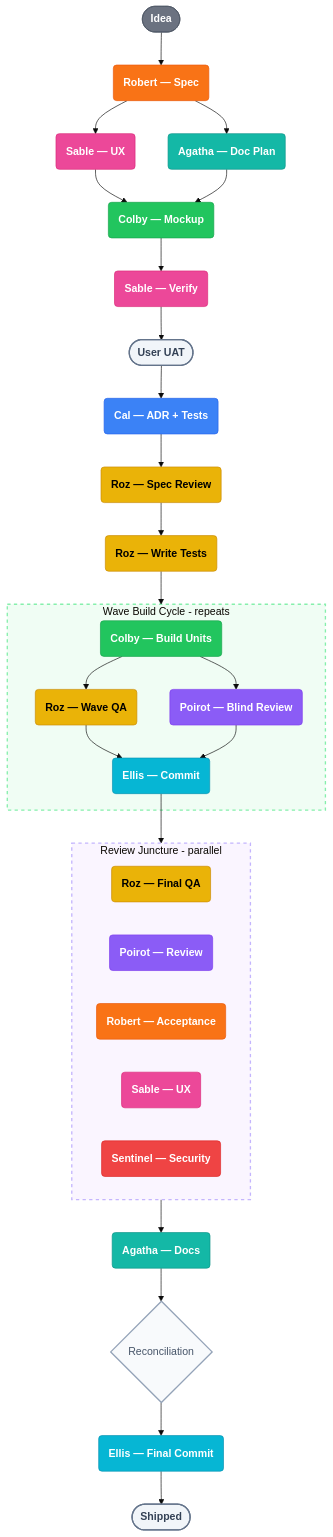
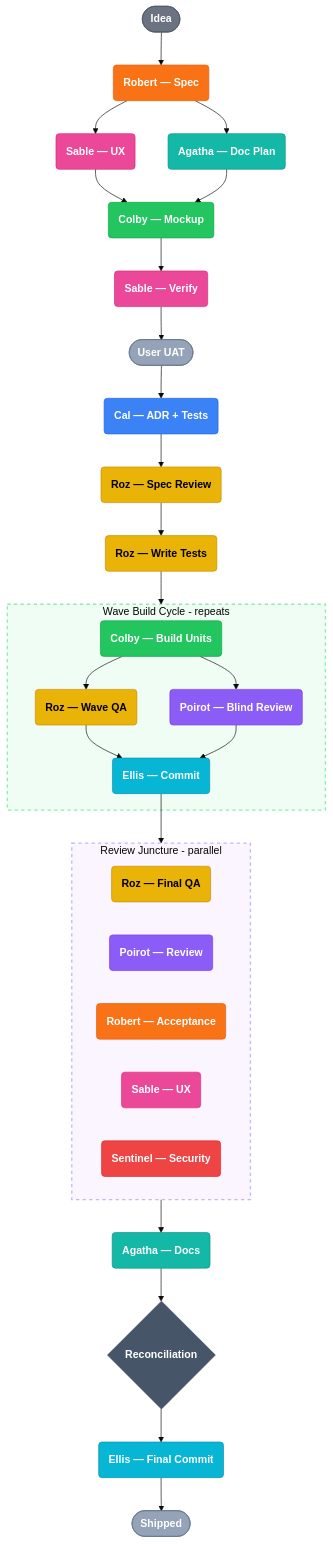
Before and after one commit to robertsfeir/atelier-pipeline: the diagram in README.md, drawn with Mermaid (base theme). The commit also changed 1 other file, not shown here.

Commit message:
fix: Mermaid dark-mode contrast + correct changelog hook names

````diff
--- a/README.md
+++ b/README.md
@@ -173,53 +173,53 @@
 ```mermaid
 flowchart TD
     IDEA([Idea]):::system --> ROBERT(Robert — Spec):::robert
     ROBERT --> SABLE_UX(Sable — UX):::sable
     ROBERT --> AGATHA_PLAN(Agatha — Doc Plan):::agatha
     SABLE_UX --> COLBY_MOCK(Colby — Mockup):::colby
     AGATHA_PLAN --> COLBY_MOCK
     COLBY_MOCK --> SABLE_V(Sable — Verify):::sable
     SABLE_V --> UAT([User UAT]):::user
     UAT --> CAL(Cal — ADR + Tests):::cal
     CAL --> ROZ_SPEC(Roz — Spec Review):::roz
     ROZ_SPEC --> ROZ_WRITE(Roz — Write Tests):::roz
 
     ROZ_WRITE --> BUILD
 
     subgraph BUILD [Wave Build Cycle - repeats]
         COLBY_B(Colby — Build Units):::colby --> QA_SPLIT
         QA_SPLIT(Roz — Wave QA):::roz --> ELLIS_W(Ellis — Commit):::ellis
         POIROT_W(Poirot — Blind Review):::poirot --> ELLIS_W
         COLBY_B --> POIROT_W
     end
 
     ELLIS_W --> REVIEW
 
     subgraph REVIEW [Review Juncture - parallel]
         ROZ_F(Roz — Final QA):::roz
         POIROT_F(Poirot — Review):::poirot
         ROBERT_F(Robert — Acceptance):::robert
         SABLE_F(Sable — UX):::sable
         SENTINEL_F(Sentinel — Security):::sentinel
     end
 
     REVIEW --> AGATHA(Agatha — Docs):::agatha
     AGATHA --> RECONCILE{Reconciliation}:::gate
     RECONCILE --> ELLIS_F(Ellis — Final Commit):::ellis
     ELLIS_F --> DONE([Shipped]):::user
 
     classDef cal fill:#3b82f6,stroke:#2563eb,color:#fff,font-weight:bold
     classDef colby fill:#22c55e,stroke:#16a34a,color:#fff,font-weight:bold
     classDef roz fill:#eab308,stroke:#ca8a04,color:#000,font-weight:bold
     classDef ellis fill:#06b6d4,stroke:#0891b2,color:#fff,font-weight:bold
     classDef robert fill:#f97316,stroke:#ea580c,color:#fff,font-weight:bold
     classDef sable fill:#ec4899,stroke:#db2777,color:#fff,font-weight:bold
     classDef poirot fill:#8b5cf6,stroke:#7c3aed,color:#fff,font-weight:bold
     classDef agatha fill:#14b8a6,stroke:#0d9488,color:#fff,font-weight:bold
     classDef sentinel fill:#ef4444,stroke:#dc2626,color:#fff,font-weight:bold
     classDef system fill:#6b7280,stroke:#4b5563,color:#fff,font-weight:bold
-    classDef user fill:#f1f5f9,stroke:#64748b,stroke-width:2px,color:#334155,font-weight:bold
-    classDef gate fill:#f8fafc,stroke:#94a3b8,stroke-width:2px,color:#475569
+    classDef user fill:#94a3b8,stroke:#64748b,color:#fff,font-weight:bold
+    classDef gate fill:#475569,stroke:#334155,color:#fff,font-weight:bold
 
     style BUILD fill:#f0fdf4,stroke:#86efac,stroke-width:2px,stroke-dasharray:5 5
     style REVIEW fill:#faf5ff,stroke:#c4b5fd,stroke-width:2px,stroke-dasharray:5 5
 ```
````
